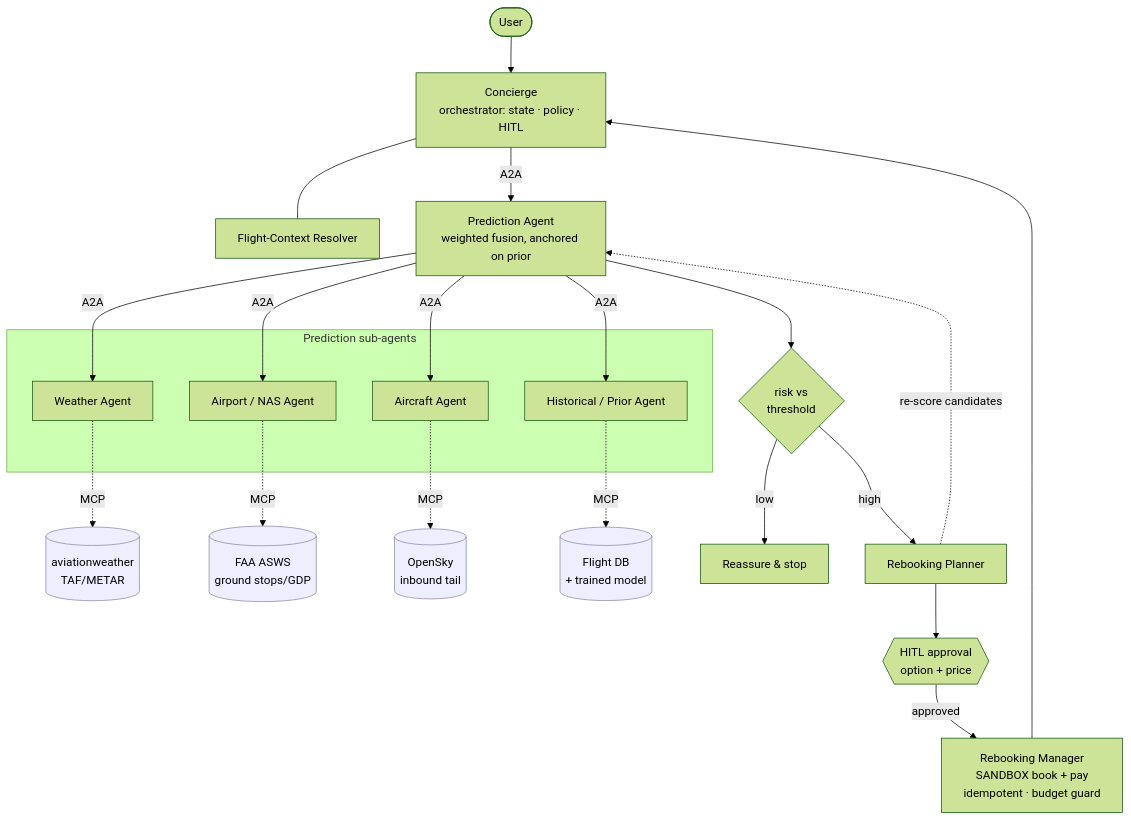
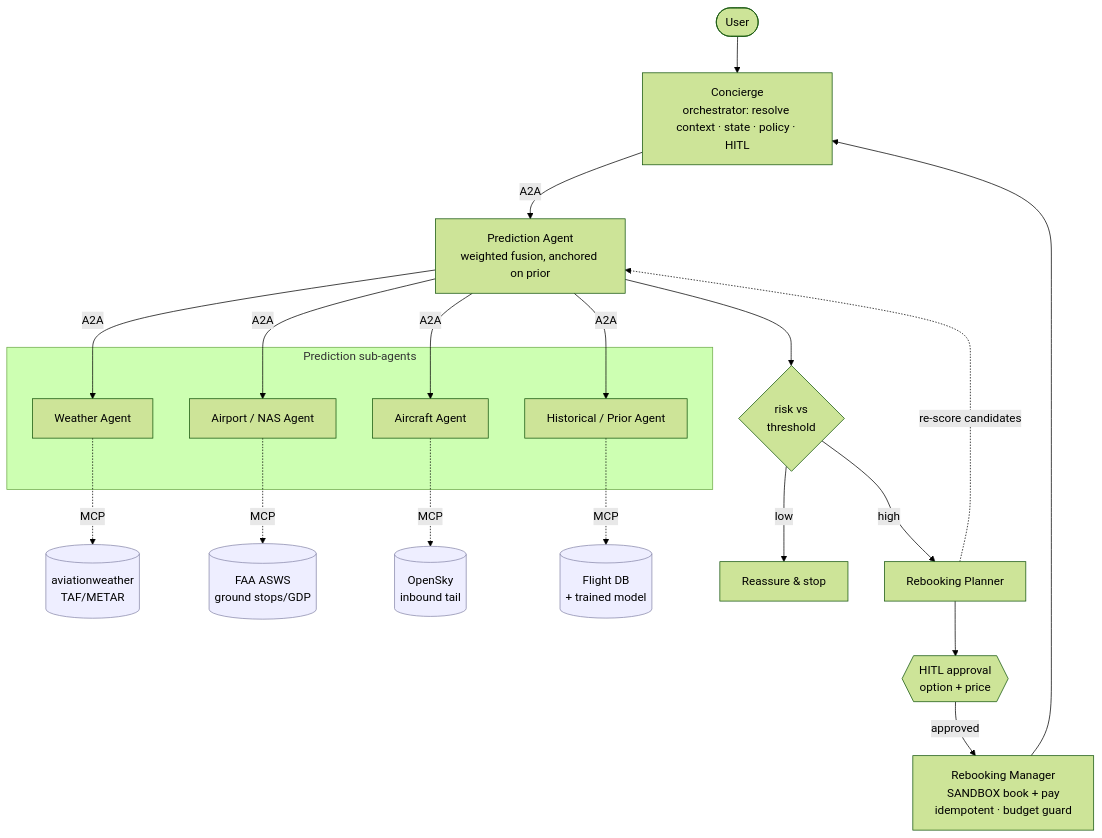
The first of 2 diagrams in docs/DESIGN.md (sonijigar/kaggle-capstone-ai-agents), drawn with Mermaid (forest theme) before and after one commit. The commit also changed other lines of this file and 1 other file, not shown here.

First line of the commit message:
docs: fold flight-context resolution into Concierge

````diff
--- a/docs/DESIGN.md
+++ b/docs/DESIGN.md
@@ -30,31 +30,30 @@
 ```mermaid
 flowchart TD
-    U([User]) --> C[Concierge<br/>orchestrator: state · policy · HITL]
-    C --- R[Flight-Context Resolver]
+    U([User]) --> C[Concierge<br/>orchestrator: resolve context · state · policy · HITL]
 
     C -->|A2A| P[Prediction Agent<br/>weighted fusion, anchored on prior]
 
     subgraph PRED [Prediction sub-agents]
         W[Weather Agent]
         N[Airport / NAS Agent]
         AC[Aircraft Agent]
         H[Historical / Prior Agent]
     end
     P -->|A2A| W & N & AC & H
 
     W -.MCP.-> wx[(aviationweather<br/>TAF/METAR)]
     N -.MCP.-> nx[(FAA ASWS<br/>ground stops/GDP)]
     AC -.MCP.-> ox[(OpenSky<br/>inbound tail)]
     H -.MCP.-> db[(Flight DB<br/>+ trained model)]
 
     P --> D{risk vs<br/>threshold}
     D -->|low| RE[Reassure &amp; stop]
     D -->|high| PL[Rebooking Planner]
     PL -. re-score candidates .-> P
     PL --> G{{HITL approval<br/>option + price}}
     G -->|approved| M[Rebooking Manager<br/>SANDBOX book + pay<br/>idempotent · budget guard]
     M --> C
 
     classDef ext fill:#eef,stroke:#88a;
     class wx,nx,ox,db ext;
 ```
````
